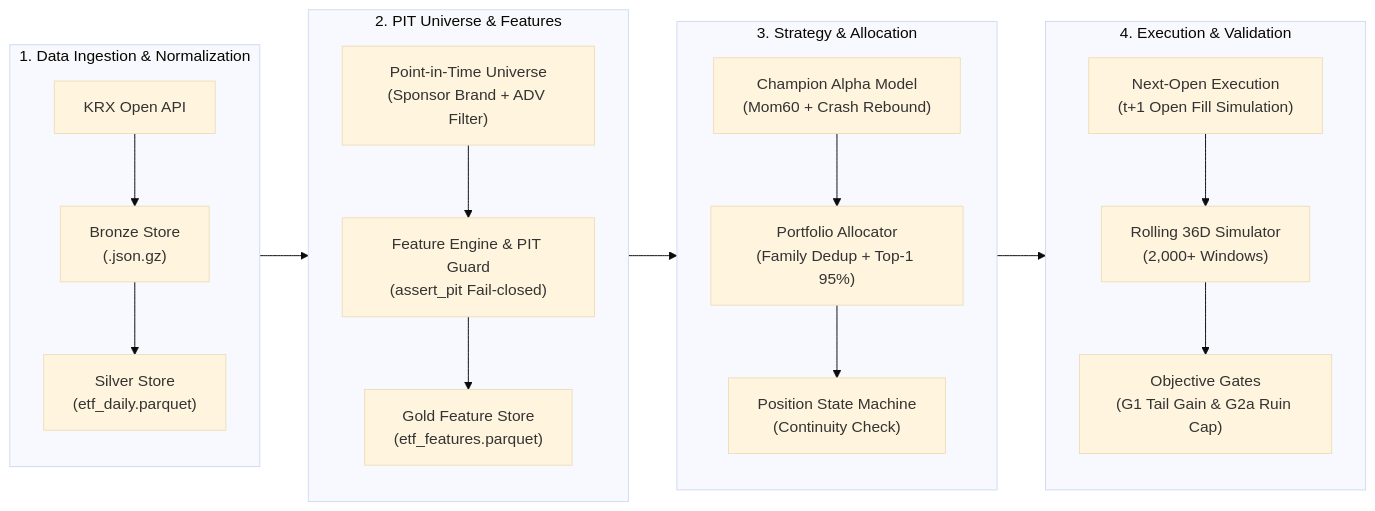
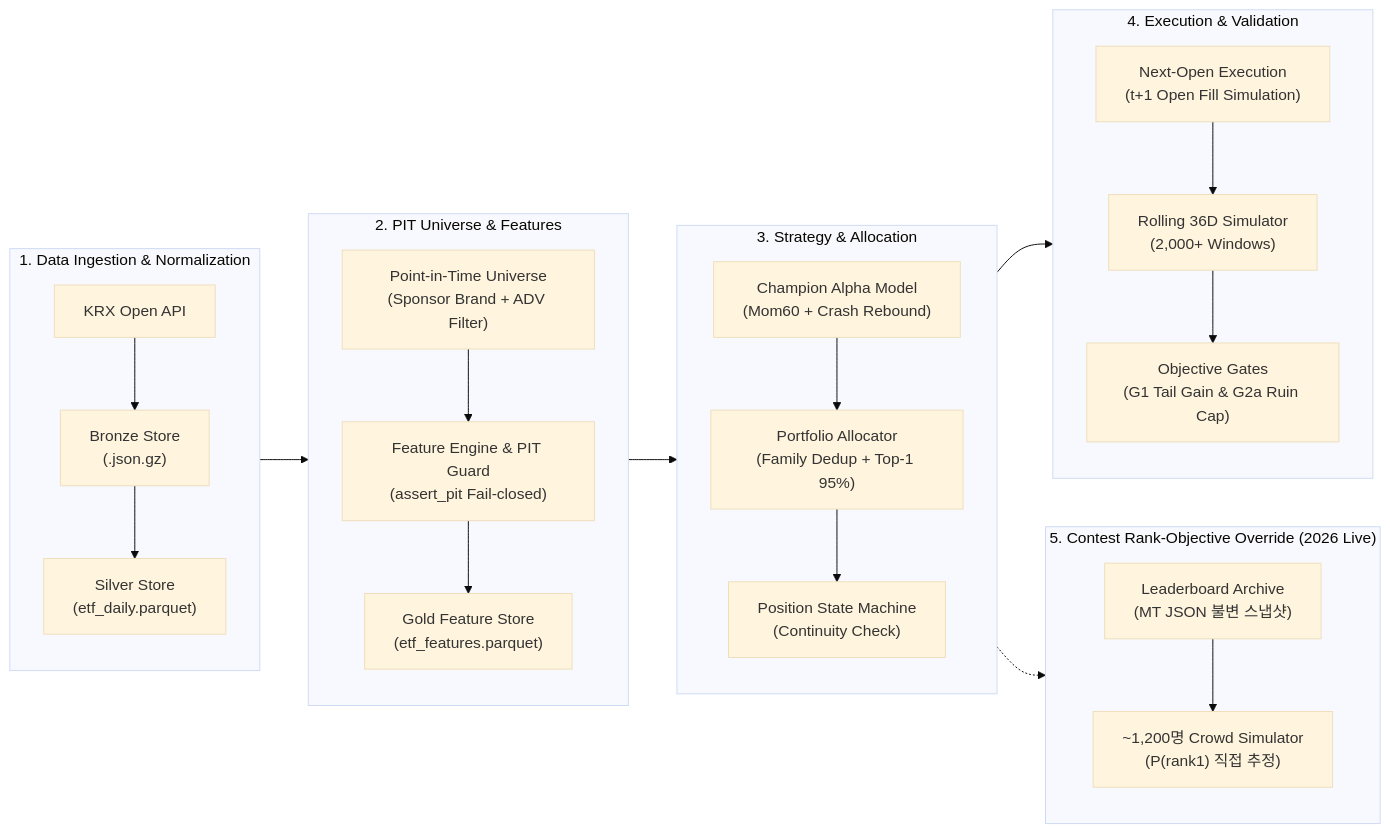
One commit to KTHYEONG/mt-etf-king-2026 changed the first of 2 diagrams in docs/architecture/README.md. Above: the diagram before and after it, drawn with Mermaid (base theme). The commit also changed other lines of this file and 5 other files, not shown here.

````diff
--- a/docs/architecture/README.md
+++ b/docs/architecture/README.md
@@ -11,34 +11,42 @@
 ```mermaid
 flowchart LR
     subgraph L1 ["1. Data Ingestion & Normalization"]
         direction TB
         D1["KRX Open API"] --> D2["Bronze Store\n(.json.gz)"]
         D2 --> D3["Silver Store\n(etf_daily.parquet)"]
     end
 
     subgraph L2 ["2. PIT Universe & Features"]
         direction TB
         F1["Point-in-Time Universe\n(Sponsor Brand + ADV Filter)"]
         F2["Feature Engine & PIT Guard\n(assert_pit Fail-closed)"]
         F3["Gold Feature Store\n(etf_features.parquet)"]
         F1 --> F2 --> F3
     end
 
     subgraph L3 ["3. Strategy & Allocation"]
         direction TB
         S1["Champion Alpha Model\n(Mom60 + Crash Rebound)"]
         S2["Portfolio Allocator\n(Family Dedup + Top-1 95%)"]
         S3["Position State Machine\n(Continuity Check)"]
         S1 --> S2 --> S3
     end
 
     subgraph L4 ["4. Execution & Validation"]
         direction TB
         E1["Next-Open Execution\n(t+1 Open Fill Simulation)"]
         E2["Rolling 36D Simulator\n(2,000+ Windows)"]
         E3["Objective Gates\n(G1 Tail Gain & G2a Ruin Cap)"]
         E1 --> E2 --> E3
     end
 
+    subgraph L5 ["5. Contest Rank-Objective Override (2026 Live)"]
+        direction TB
+        C1["Leaderboard Archive\n(MT JSON 불변 스냅샷)"]
+        C2["~1,200명 Crowd Simulator\n(P(rank1) 직접 추정)"]
+        C1 --> C2
+    end
+
     L1 --> L2 --> L3 --> L4
+    L3 -.-> L5
 ```
````
